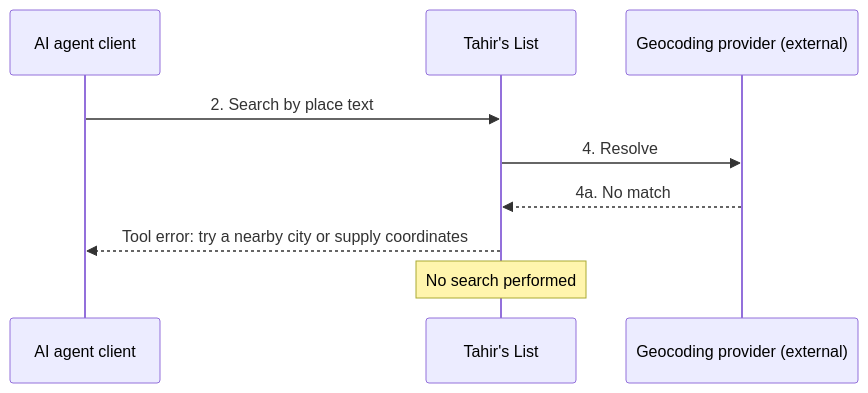
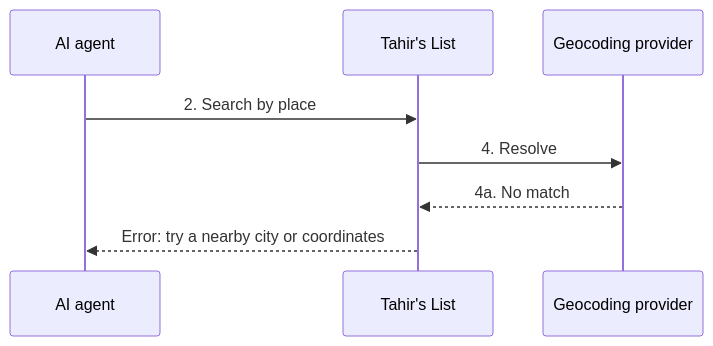
The sixth of 7 diagrams in docs/features/SC-209/04-blackbox/UC-01-search-restaurants.md (Losers-Lab/tahirs-list), drawn with Mermaid before and after one commit. The commit also changed other lines of this file and 10 other files, not shown here.

Commit message:
[SC-209] Retrofit design to diagram-first standard

````diff
--- a/docs/features/SC-209/04-blackbox/UC-01-search-restaurants.md
+++ b/docs/features/SC-209/04-blackbox/UC-01-search-restaurants.md
@@ -106,12 +62,10 @@
 ```mermaid
 sequenceDiagram
-    participant AG as AI agent client
+    participant AG as AI agent
     participant TL as Tahir's List
-    participant GEO as Geocoding provider (external)
-
-    AG->>TL: 2. Search by place text
+    participant GEO as Geocoding provider
+    AG->>TL: 2. Search by place
     TL->>GEO: 4. Resolve
     GEO-->>TL: 4a. No match
-    TL-->>AG: Tool error: try a nearby city or supply coordinates
-    Note over TL: No search performed
+    TL-->>AG: Error: try a nearby city or coordinates
 ```
````
